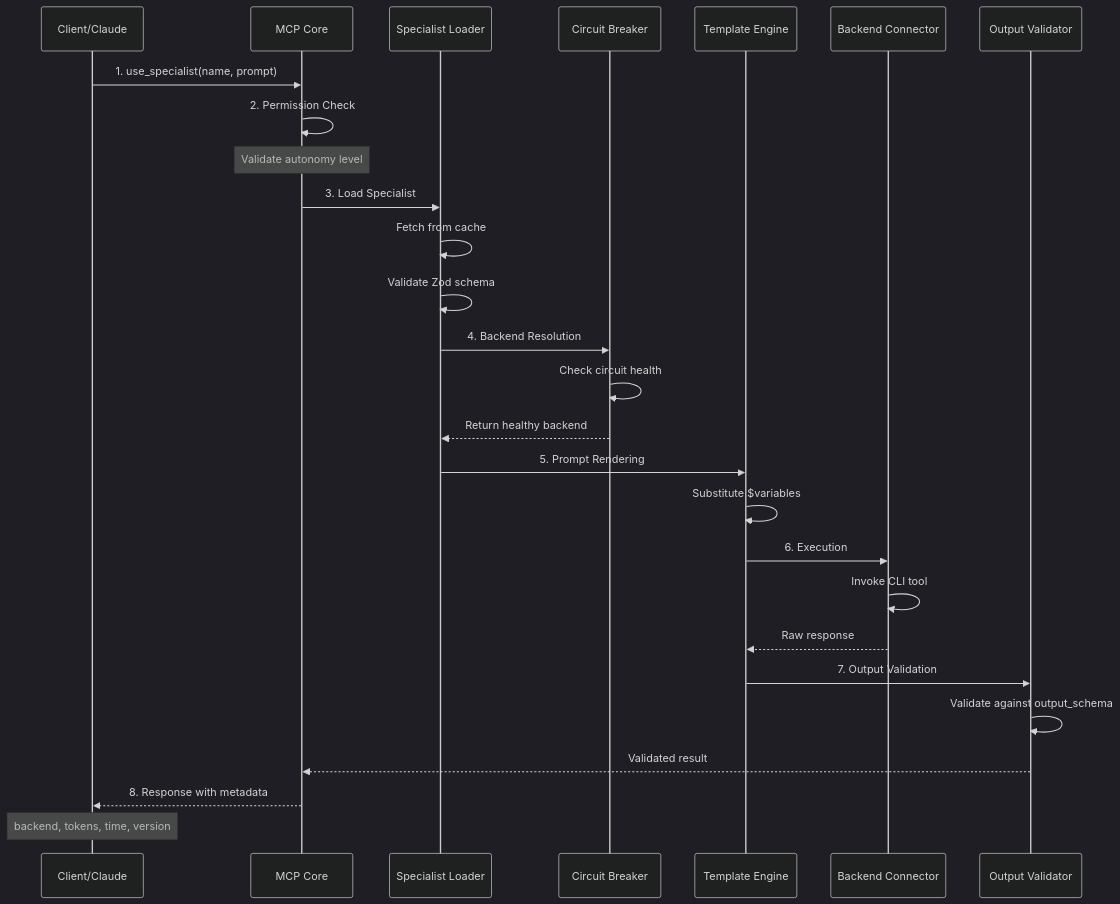
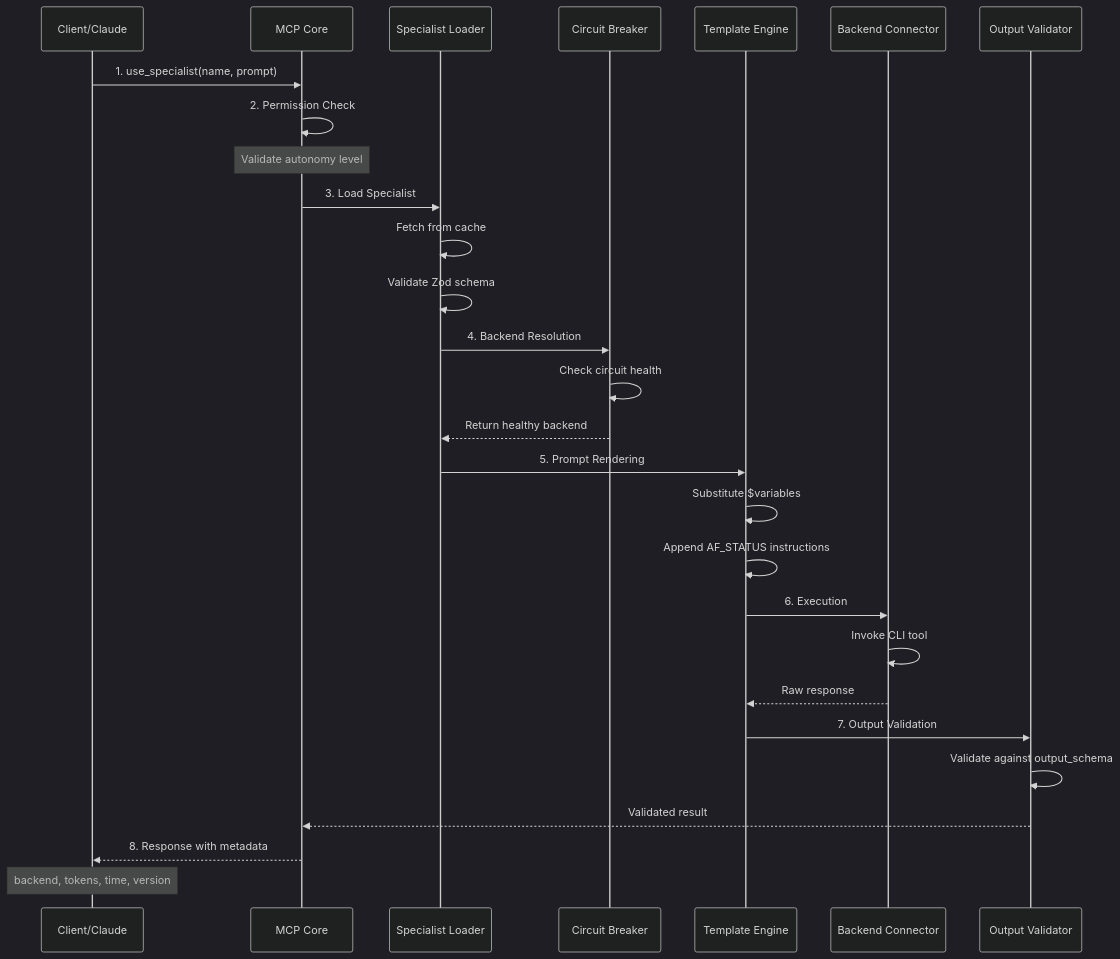
One commit to Jaggerxtrm/specialists changed the fourth of 8 diagrams in omni-specialist.md. Above: the diagram before and after it, drawn with Mermaid (dark theme). The commit also changed other lines of this file, not shown here.

````diff
--- a/omni-specialist.md
+++ b/omni-specialist.md
@@ -162,30 +162,31 @@
 ```mermaid
 sequenceDiagram
     participant C as Client/Claude
     participant M as MCP Core
     participant L as Specialist Loader
     participant CB as Circuit Breaker
     participant T as Template Engine
     participant B as Backend Connector
     participant V as Output Validator
 
     C->>M: 1. use_specialist(name, prompt)
     M->>M: 2. Permission Check
     Note over M: Validate autonomy level
     M->>L: 3. Load Specialist
     L->>L: Fetch from cache
     L->>L: Validate Zod schema
     L->>CB: 4. Backend Resolution
     CB->>CB: Check circuit health
     CB-->>L: Return healthy backend
     L->>T: 5. Prompt Rendering
     T->>T: Substitute $variables
+    T->>T: Append AF_STATUS instructions
     T->>B: 6. Execution
     B->>B: Invoke CLI tool
     B-->>T: Raw response
     T->>V: 7. Output Validation
     V->>V: Validate against output_schema
     V-->>M: Validated result
     M-->>C: 8. Response with metadata
     Note over C: backend, tokens, time, version
 ```
````
